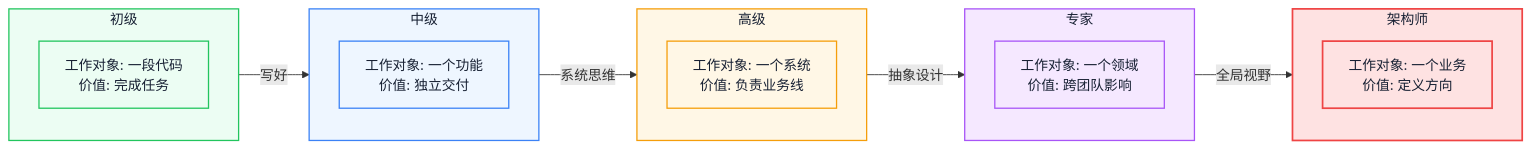
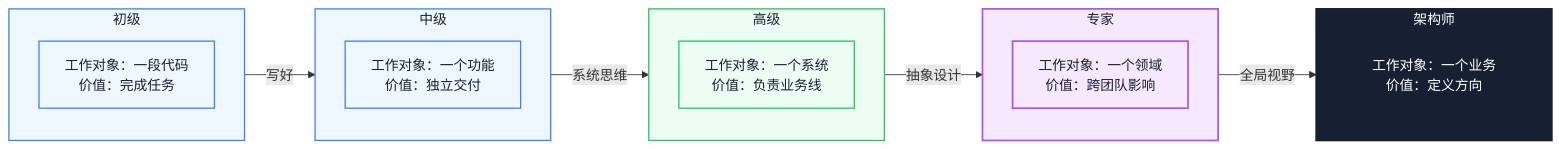
One commit to Fatejian/frontier-vault changed the first of 3 diagrams in docs/career/growth-path.md. Above: the diagram before and after it, drawn with Mermaid. The commit also changed other lines of this file and 41 other files, not shown here.

````diff
--- a/docs/career/growth-path.md
+++ b/docs/career/growth-path.md
@@ -56,41 +49,37 @@
 ```mermaid
-%%{init: {'theme': 'base', 'themeVariables': { 'fontFamily': 'Inter, PingFang SC, Microsoft YaHei, sans-serif', 'primaryColor': '#EEF6FF', 'primaryTextColor': '#172033', 'primaryBorderColor': '#6EA8FE', 'lineColor': '#8A94A6', 'secondaryColor': '#F7F9FC', 'tertiaryColor': '#FFF7E6, 'fontSize': '13px'}}}%%
 flowchart LR
     subgraph Stage1["初级"]
-        S1["工作对象: 一段代码<br/>价值: 完成任务"]
+        S1["工作对象：一段代码<br/>价值：完成任务"]
     end
 
     subgraph Stage2["中级"]
-        S2["工作对象: 一个功能<br/>价值: 独立交付"]
+        S2["工作对象：一个功能<br/>价值：独立交付"]
     end
 
     subgraph Stage3["高级"]
-        S3["工作对象: 一个系统<br/>价值: 负责业务线"]
+        S3["工作对象：一个系统<br/>价值：负责业务线"]
     end
 
     subgraph Stage4["专家"]
-        S4["工作对象: 一个领域<br/>价值: 跨团队影响"]
+        S4["工作对象：一个领域<br/>价值：跨团队影响"]
     end
 
     subgraph Stage5["架构师"]
-        S5["工作对象: 一个业务<br/>价值: 定义方向"]
+        S5["工作对象：一个业务<br/>价值：定义方向"]
     end
 
     Stage1 -->|写好| Stage2
     Stage2 -->|系统思维| Stage3
     Stage3 -->|抽象设计| Stage4
     Stage4 -->|全局视野| Stage5
 
-    classDef s1 fill:#ECFDF3,stroke:#22C55E,color:#172033,stroke-width:1.5px;
-    classDef s2 fill:#EEF6FF,stroke:#3B82F6,color:#172033,stroke-width:1.5px;
-    classDef s3 fill:#FFF7E6,stroke:#F59E0B,color:#172033,stroke-width:1.5px;
-    classDef s4 fill:#F5E8FF,stroke:#A855F7,color:#172033,stroke-width:1.5px;
-    classDef s5 fill:#FEE2E2,stroke:#EF4444,color:#172033,stroke-width:2px;
-    classDef leap fill:#FFF7E6,stroke:#F59E0B,color:#172033,stroke-dasharray: 4 3;
+    classDef wait fill:#EEF6FF,stroke:#3B82F6,color:#172033,stroke-width:1.5px;
+    classDef work fill:#ECFDF3,stroke:#22C55E,color:#172033,stroke-width:1.5px;
+    classDef metric fill:#F5E8FF,stroke:#A855F7,color:#172033,stroke-width:2px;
+    classDef core fill:#172033,color:#fff,stroke:#172033,stroke-width:2px;
 
-    class Stage1,S1 s1;
-    class Stage2,S2 s2;
-    class Stage3,S3 s3;
-    class Stage4,S4 s4;
-    class Stage5,S5 s5;
+    class Stage1,S1,Stage2,S2 wait;
+    class Stage3,S3 work;
+    class Stage4,S4 metric;
+    class Stage5,S5 core;
 ```
````
